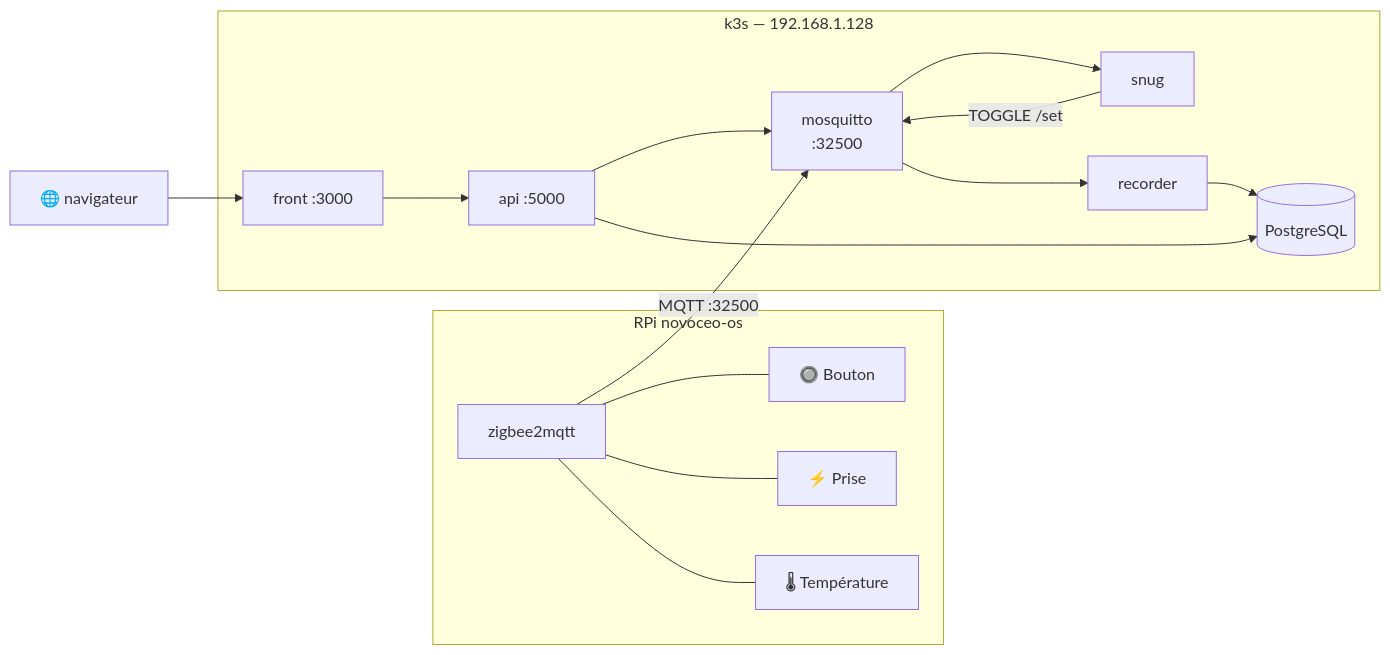
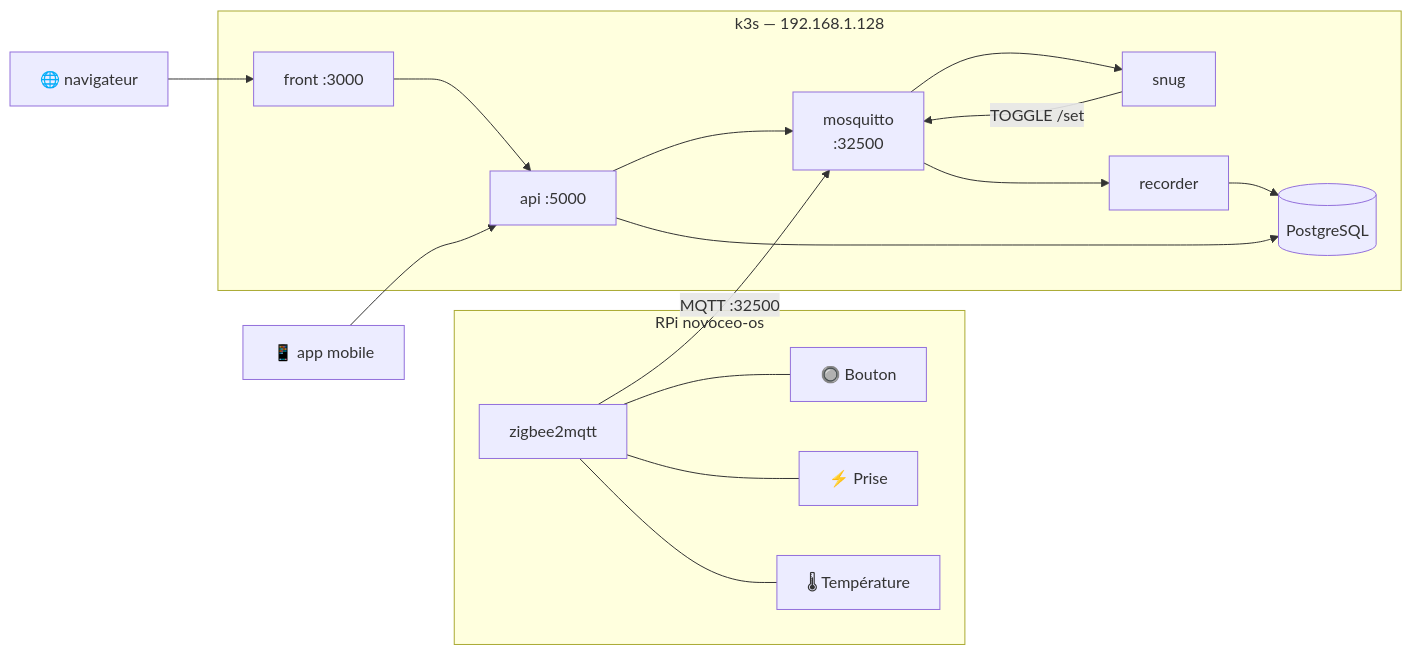
The diagram in README.md (jsavajols/novoceo), drawn with Mermaid before and after one commit. The commit also changed other lines of this file and 14 other files, not shown here.

````diff
--- a/README.md
+++ b/README.md
@@ -7,29 +7,30 @@
 ```mermaid
 graph LR
     subgraph rpi["RPi novoceo-os"]
         Z2M["zigbee2mqtt"] --- BOUTON["🔘 Bouton"]
         Z2M --- PRISE["⚡ Prise"]
         Z2M --- TEMP["🌡 Température"]
     end
 
     subgraph k3s["k3s — 192.168.1.128"]
         MOSQ["mosquitto\n:32500"]
         SNUG["snug"]
         REC["recorder"]
         API["api :5000"]
         FRONT["front :3000"]
         DB[("PostgreSQL")]
 
         MOSQ --> SNUG
         MOSQ --> REC
         REC --> DB
         API --> DB
         API --> MOSQ
         FRONT --> API
     end
 
     Z2M -- "MQTT :32500" --> MOSQ
     SNUG -- "TOGGLE /set" --> MOSQ
 
     BROWSER["🌐 navigateur"] --> FRONT
+    MOBILE["📱 app mobile"] --> API
 ```
````
